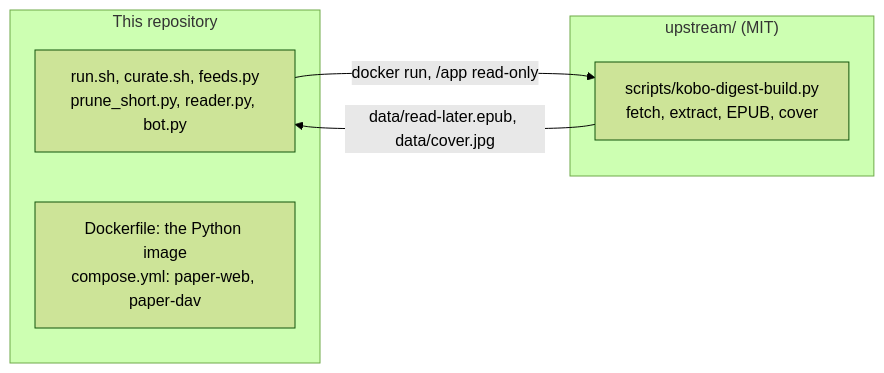
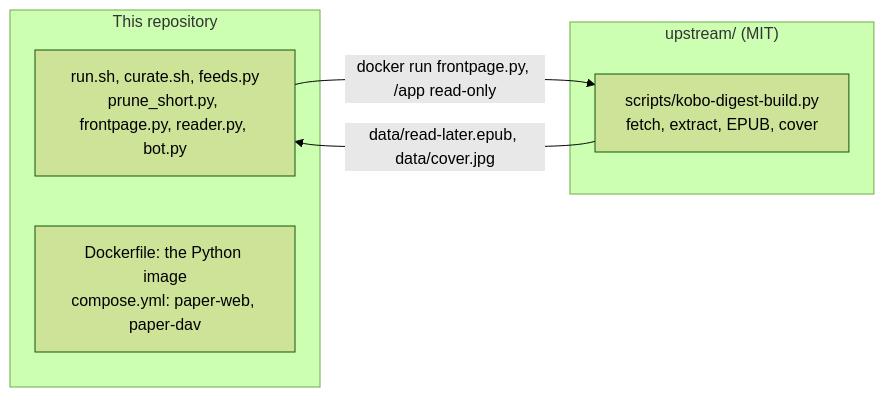
One commit to haziqhilmismail/morning-paper changed the second of 2 diagrams in README.md. Above: the diagram before and after it, drawn with Mermaid (forest theme). The commit also changed other lines of this file and 6 other files, not shown here.

````diff
--- a/README.md
+++ b/README.md
@@ -59,12 +59,12 @@
 ```mermaid
 flowchart LR
 	subgraph here["This repository"]
-		scripts["run.sh, curate.sh, feeds.py<br/>prune_short.py, reader.py, bot.py"]
+		scripts["run.sh, curate.sh, feeds.py<br/>prune_short.py, frontpage.py, reader.py, bot.py"]
 		docker["Dockerfile: the Python image<br/>compose.yml: paper-web, paper-dav"]
 	end
 	subgraph up["upstream/ (MIT)"]
 		builder["scripts/kobo-digest-build.py<br/>fetch, extract, EPUB, cover"]
 	end
-	scripts -- "docker run, /app read-only" --> builder
+	scripts -- "docker run frontpage.py, /app read-only" --> builder
 	builder -- "data/read-later.epub, data/cover.jpg" --> scripts
 ```
````
